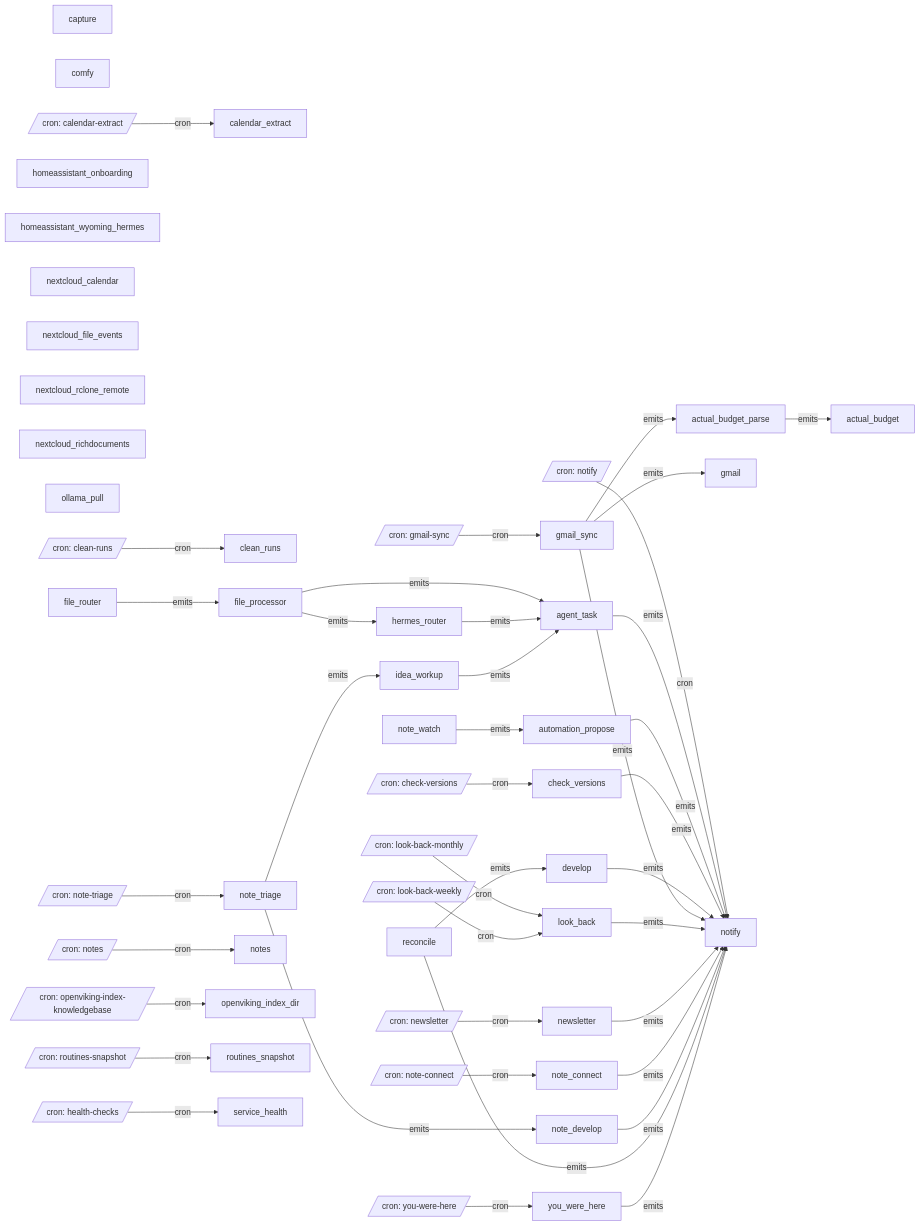
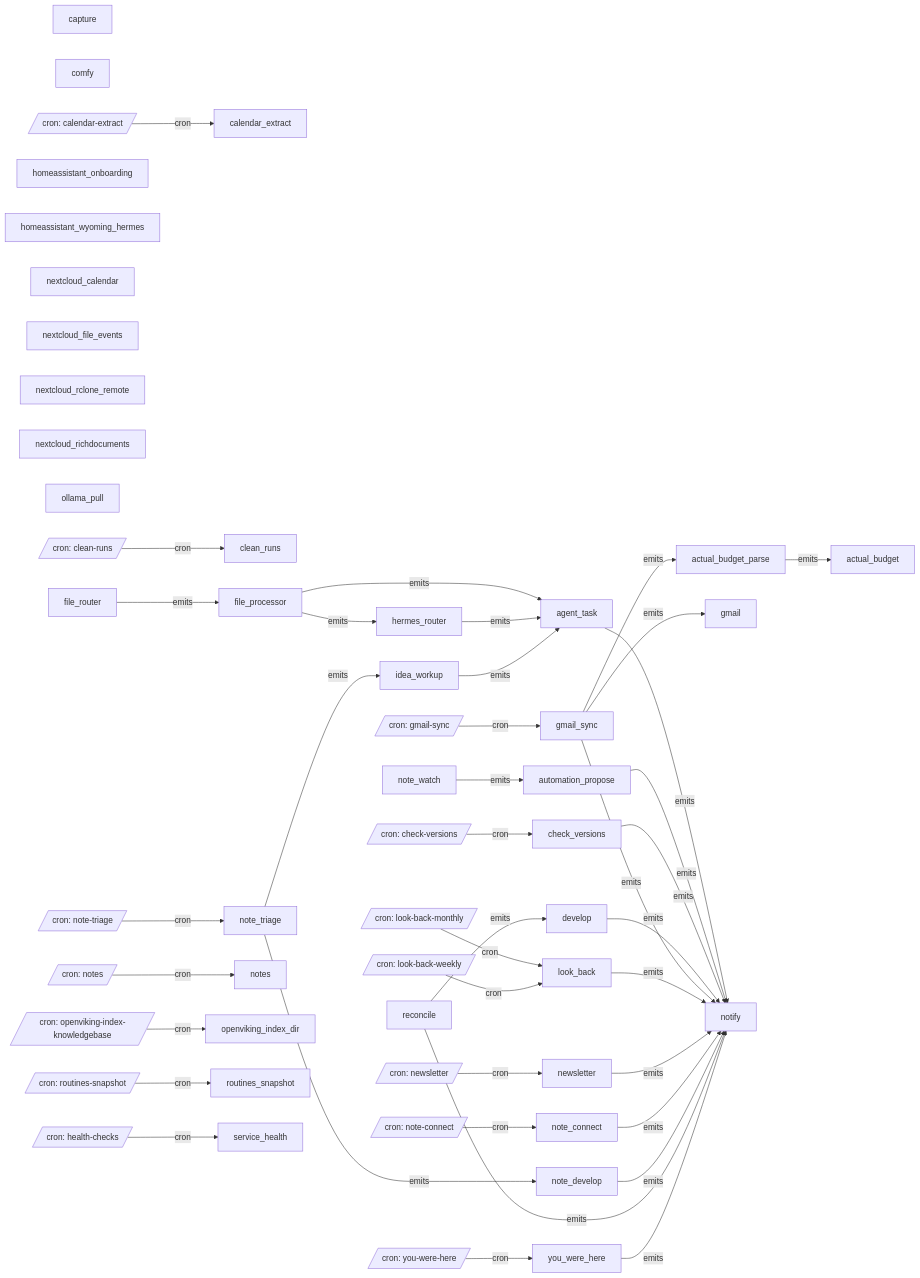
Before and after one commit to jtmckay/existential: the diagram in automation/graph/system.md, drawn with Mermaid. The commit also changed 189 other files, not shown here.

First line of the commit message:
A flow is a folder: turn one on and it brings the services it needs (023-flows-replace-quests.md)

```diff
--- a/automation/graph/system.md
+++ b/automation/graph/system.md
@@ -88,7 +88,6 @@
     cron__note_connect[/"cron: note-connect"/]
     cron__note_triage[/"cron: note-triage"/]
     cron__notes[/"cron: notes"/]
-    cron__notify[/"cron: notify"/]
     cron__openviking_index_knowledgebase[/"cron: openviking-index-knowledgebase"/]
     cron__routines_snapshot[/"cron: routines-snapshot"/]
     cron__you_were_here[/"cron: you-were-here"/]
@@ -103,7 +102,6 @@
     cron__note_connect -->|cron| note_connect
     cron__note_triage -->|cron| note_triage
     cron__notes -->|cron| notes
-    cron__notify -->|cron| notify
     cron__openviking_index_knowledgebase -->|cron| openviking_index_dir
     cron__routines_snapshot -->|cron| routines_snapshot
     cron__you_were_here -->|cron| you_were_here
```
